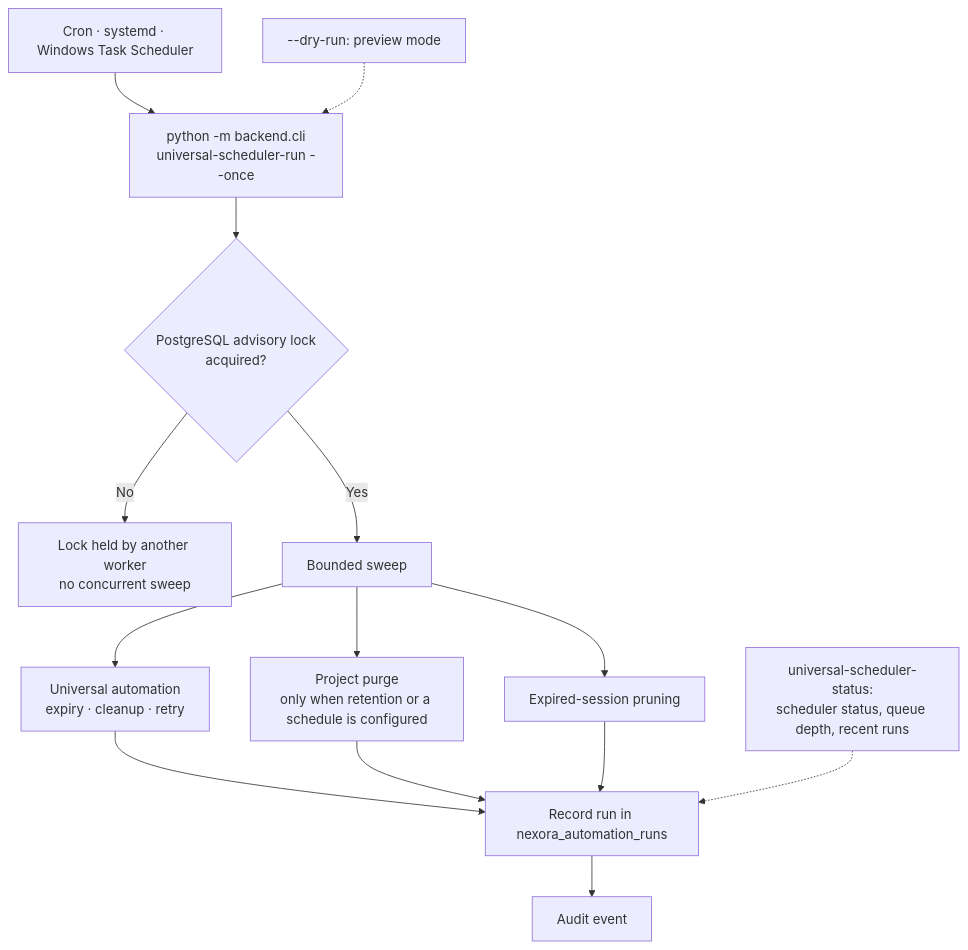
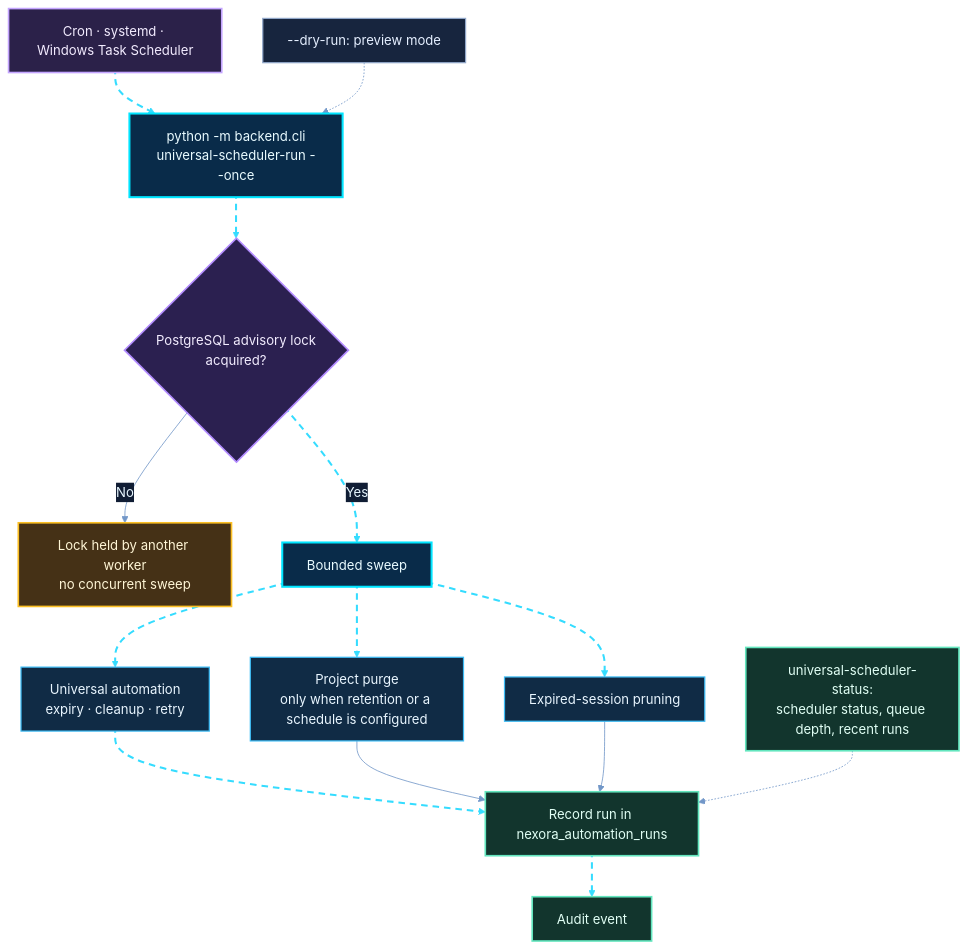
One commit to shajeduzzamanenan992008inc/NexOra-Database-key-Gen changed diagram 18 of 23 in README.md. Above: the diagram before and after it, drawn with Mermaid. The commit also changed other lines of this file, not shown here.

````diff
--- a/README.md
+++ b/README.md
@@ -1222,16 +1498,39 @@
 ```mermaid
+%%{init: {"theme":"base","themeVariables":{"darkMode":true,"background":"#07111f","primaryColor":"#102744","primaryTextColor":"#e8f7ff","primaryBorderColor":"#00d9ff","lineColor":"#7297c8","secondaryColor":"#261d45","secondaryTextColor":"#f3eaff","secondaryBorderColor":"#a78bfa","tertiaryColor":"#12332b","tertiaryTextColor":"#e0fff1","tertiaryBorderColor":"#41e6a2","fontFamily":"Inter, Segoe UI, sans-serif","edgeLabelBackground":"#101d34","mainBkg":"#102744","nodeBorder":"#00d9ff","clusterBkg":"#0b1930","clusterBorder":"#6f7dff","actorBkg":"#102744","actorBorder":"#00d9ff","actorTextColor":"#e8f7ff","signalColor":"#64d8ff","signalTextColor":"#e8f7ff","noteBkgColor":"#0e332b","noteBorderColor":"#41e6a2","noteTextColor":"#e0fff1"}}}%%
 flowchart TD
-    T["Cron · systemd · Windows Task Scheduler"] --> C["python -m backend.cli<br/>universal-scheduler-run --once"]
-    C --> L{"PostgreSQL advisory lock<br/>acquired?"}
+    T["Cron · systemd · Windows Task Scheduler"] nx14e01@--> C["python -m backend.cli<br/>universal-scheduler-run --once"]
+    C nx14e02@--> L{"PostgreSQL advisory lock<br/>acquired?"}
     L -->|No| W["Lock held by another worker<br/>no concurrent sweep"]
-    L -->|Yes| S["Bounded sweep"]
-    S --> J1["Universal automation<br/>expiry · cleanup · retry"]
-    S --> J2["Project purge<br/>only when retention or a schedule is configured"]
-    S --> J3["Expired-session pruning"]
-    J1 --> R["Record run in nexora_automation_runs"]
+    L nx14e03@-->|Yes| S["Bounded sweep"]
+    S nx14e04@--> J1["Universal automation<br/>expiry · cleanup · retry"]
+    S nx14e05@--> J2["Project purge<br/>only when retention or a schedule is configured"]
+    S nx14e06@--> J3["Expired-session pruning"]
+    J1 nx14e07@--> R["Record run in nexora_automation_runs"]
     J2 --> R
     J3 --> R
-    R --> A["Audit event"]
+    R nx14e08@--> A["Audit event"]
     D["--dry-run: preview mode"] -.-> C
     ST["universal-scheduler-status:<br/>scheduler status, queue depth, recent runs"] -.-> R
+
+    %% OMEGA NEX-ORA visual classes
+    %% OMEGA NEX-ORA / ULTRA NEON PALETTE
+    classDef nxCore fill:#092b49,stroke:#00e5ff,stroke-width:2.5px,color:#e9fbff;
+    classDef nxProcess fill:#102b45,stroke:#3dbcf5,stroke-width:1.5px,color:#e9f6ff;
+    classDef nxDecision fill:#2b2050,stroke:#b38cff,stroke-width:2px,color:#f3edff;
+    classDef nxSuccess fill:#0d3b2c,stroke:#3fffa0,stroke-width:2px,color:#e0fff0;
+    classDef nxDanger fill:#451d30,stroke:#ff6688,stroke-width:2px,color:#fff0f3;
+    classDef nxData fill:#12352d,stroke:#63e6be,stroke-width:2px,color:#e1fff5;
+    classDef nxExternal fill:#2b2149,stroke:#c4a5ff,stroke-width:2px,color:#f3ecff;
+    classDef nxInfo fill:#17253e,stroke:#91a7c9,stroke-width:1.5px,color:#e5efff;
+    classDef nxWarning fill:#453116,stroke:#fbbf24,stroke-width:2px,color:#fff6d6;
+    %% Moving dashed route: Mermaid applies this class to explicitly identified edges.
+    classDef nxAnimated stroke:#35dcff,stroke-width:2.5px,stroke-dasharray:8\,6,stroke-dashoffset:1000,animation:dash 24s linear infinite;
+    class T nxExternal;
+    class C,S nxCore;
+    class L nxDecision;
+    class W nxWarning;
+    class J1,J2,J3 nxProcess;
+    class R,A,ST nxData;
+    class D nxInfo;
+    class nx14e01,nx14e02,nx14e03,nx14e04,nx14e05,nx14e06,nx14e07,nx14e08 nxAnimated;
 ```
````
